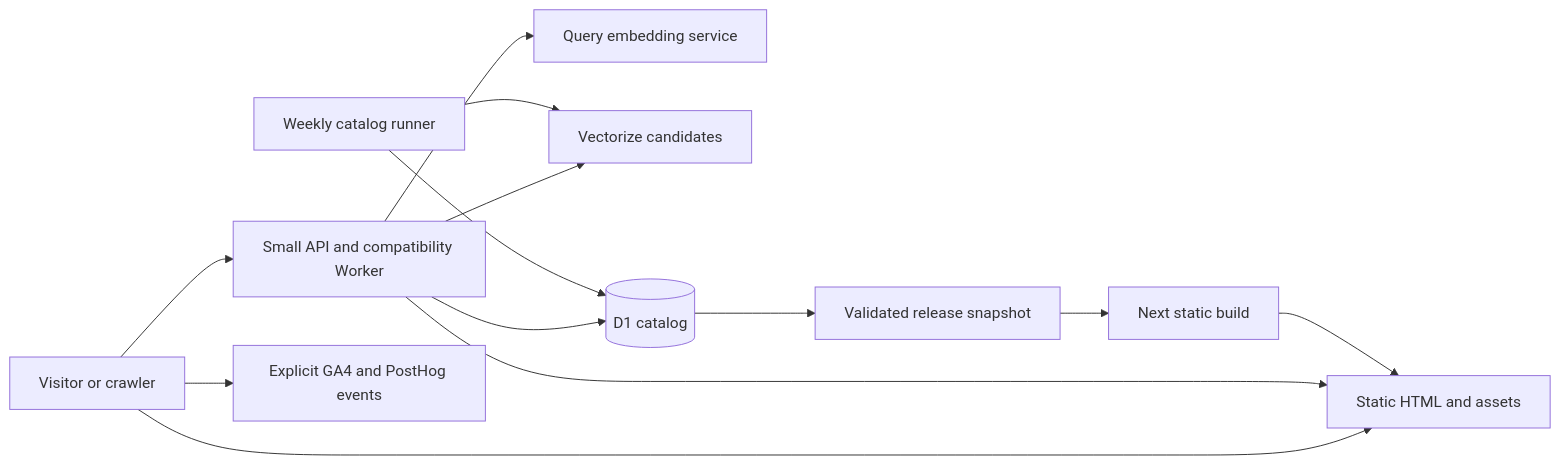
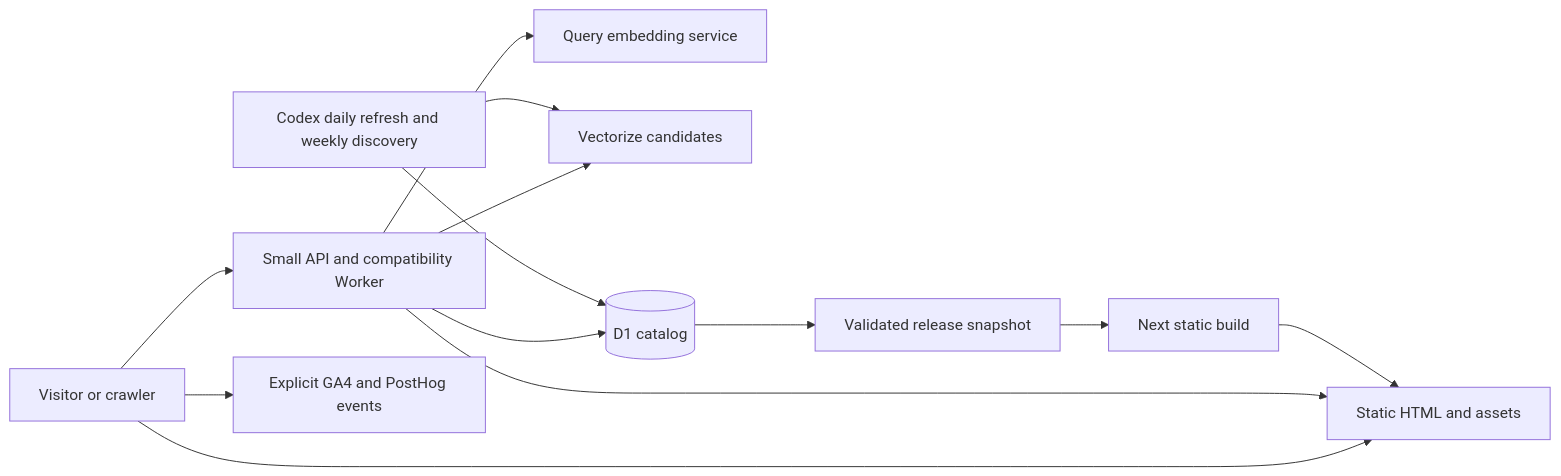
One commit to 37-Inc/goose.gifts changed the diagram in docs/ops/STUPID_GIFTS_LAUNCH_SPEC.md. Above: the diagram before and after it, drawn with Mermaid. The commit also changed other lines of this file and 32 other files, not shown here.

First line of the commit message:
Stupid Gifts — Bounded Codex catalog care and migration recovery (#205)

````diff
--- a/docs/ops/STUPID_GIFTS_LAUNCH_SPEC.md
+++ b/docs/ops/STUPID_GIFTS_LAUNCH_SPEC.md
@@ -117,15 +122,15 @@
 ```mermaid
 flowchart LR
     V[Visitor or crawler] --> A[Static HTML and assets]
     V --> W[Small API and compatibility Worker]
     W --> E[Query embedding service]
     W --> X[Vectorize candidates]
     W --> D[(D1 catalog)]
     W --> A
-    J[Weekly catalog runner] --> D
+    J[Codex daily refresh and weekly discovery] --> D
     J --> X
     D --> S[Validated release snapshot]
     S --> B[Next static build]
     B --> A
     V --> M[Explicit GA4 and PostHog events]
 ```
````
